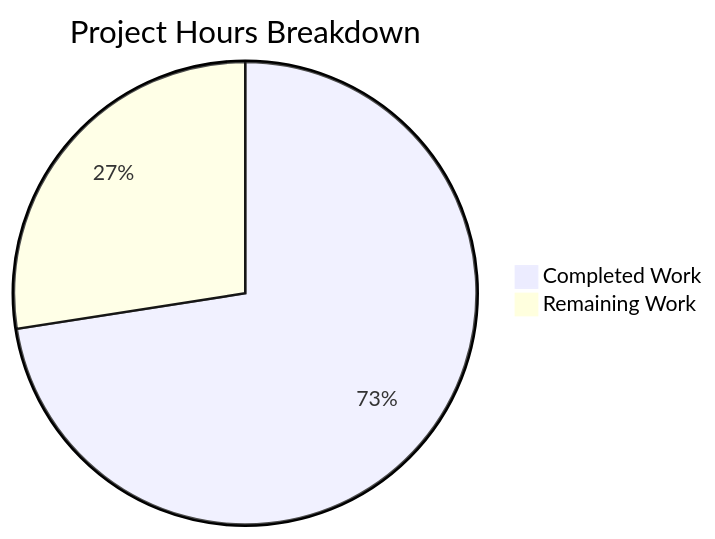
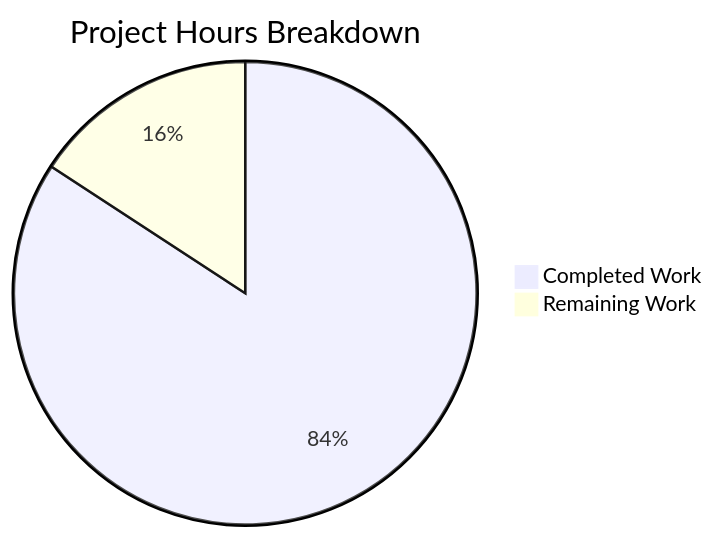
One commit to Blitzy-Sandbox/blitzy-curl changed the second of 2 diagrams in blitzy/documentation/Project Guide.md. Above: the diagram before and after it, drawn with Mermaid. The commit also changed other lines of this file, not shown here.

Commit message:
Adding Blitzy Project Guide: Project Status and Human Tasks Remaining

````diff
--- a/blitzy/documentation/Project Guide.md
+++ b/blitzy/documentation/Project Guide.md
@@ -107,5 +219,5 @@
 ```mermaid
 pie title Project Hours Breakdown
-    "Completed Work" : 560
-    "Remaining Work" : 212
+    "Completed Work" : 640
+    "Remaining Work" : 120
 ```
````
